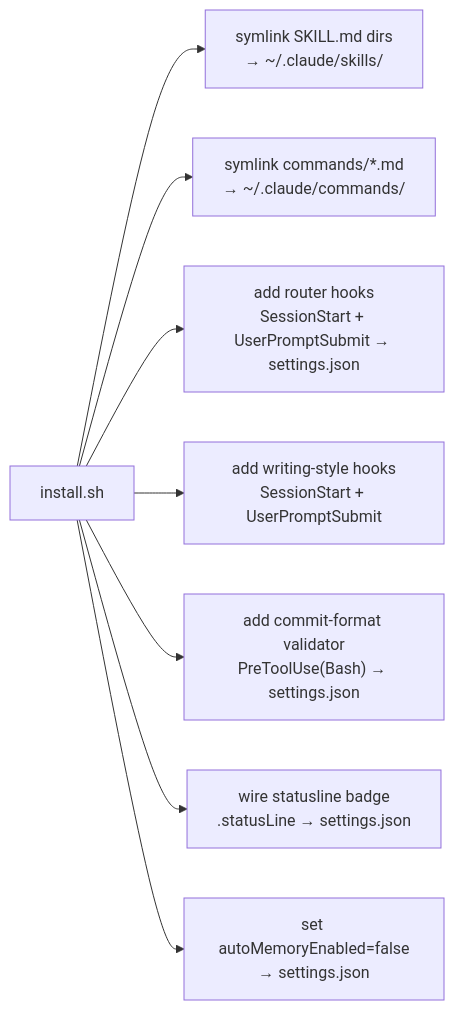
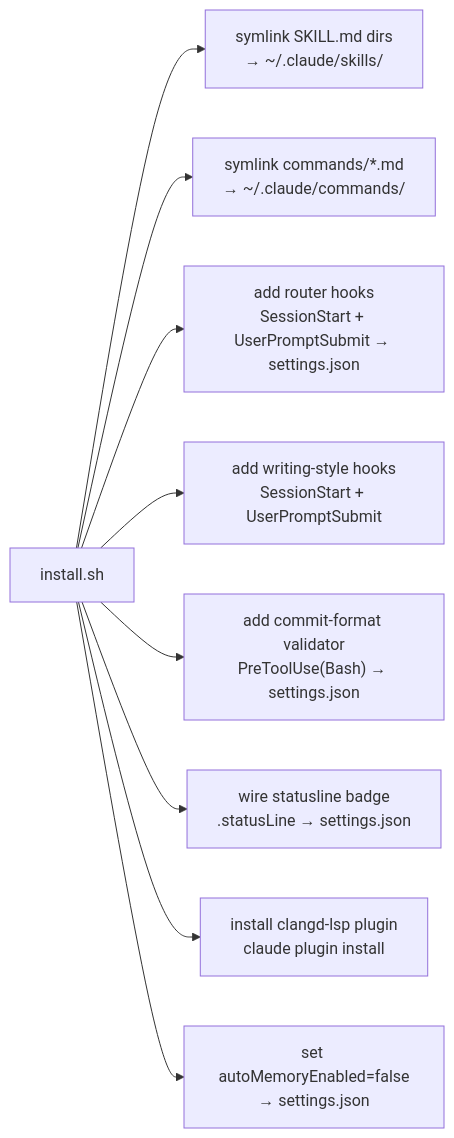
Before and after one commit to ubunish/nish-ai: the first of 3 diagrams in README.md, drawn with Mermaid. The commit also changed other lines of this file and 1 other file, not shown here.

Commit message:
feat: wire clangd-lsp plugin in installer

````diff
--- a/README.md
+++ b/README.md
@@ -83,10 +83,11 @@
 ```mermaid
 flowchart LR
     I["install.sh"] --> S["symlink SKILL.md dirs<br/>→ ~/.claude/skills/"]
     I --> C["symlink commands/*.md<br/>→ ~/.claude/commands/"]
     I --> HR["add router hooks<br/>SessionStart + UserPromptSubmit → settings.json"]
     I --> HS["add writing-style hooks<br/>SessionStart + UserPromptSubmit"]
     I --> HV["add commit-format validator<br/>PreToolUse(Bash) → settings.json"]
     I --> SL["wire statusline badge<br/>.statusLine → settings.json"]
+    I --> PL["install clangd-lsp plugin<br/>claude plugin install"]
     I --> M["set autoMemoryEnabled=false<br/>→ settings.json"]
 ```
````
